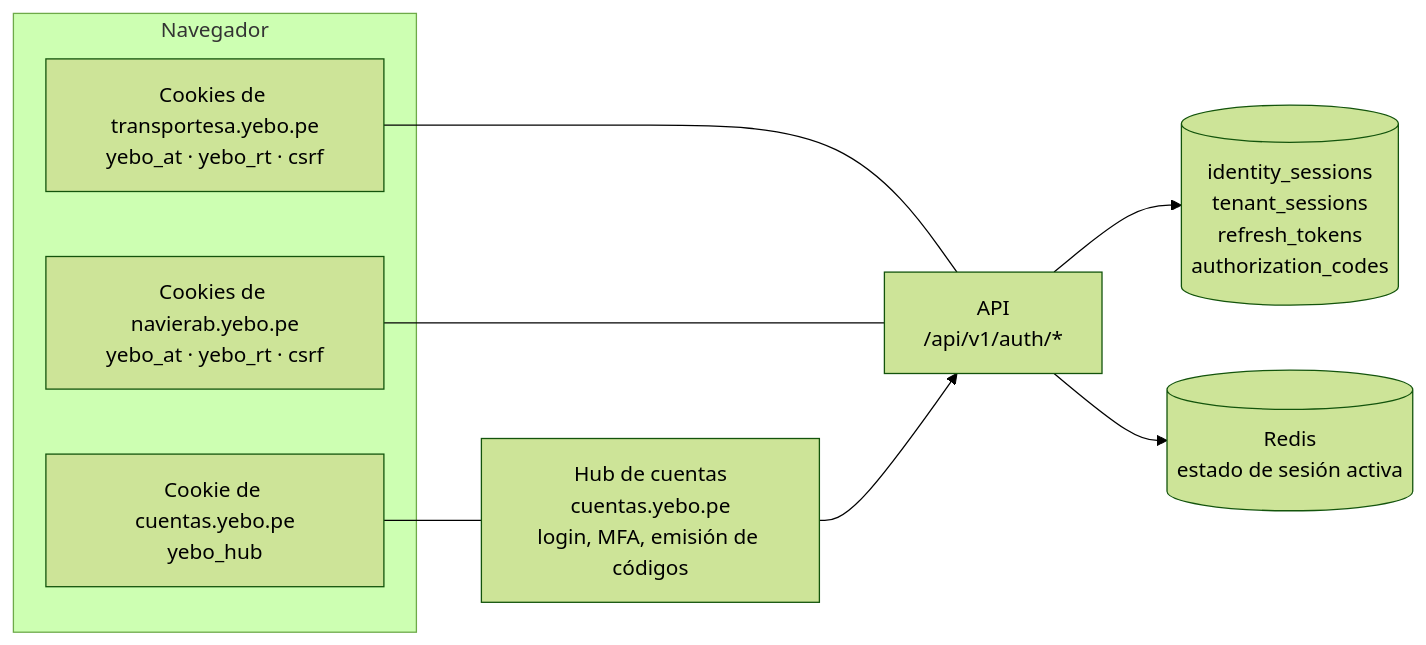
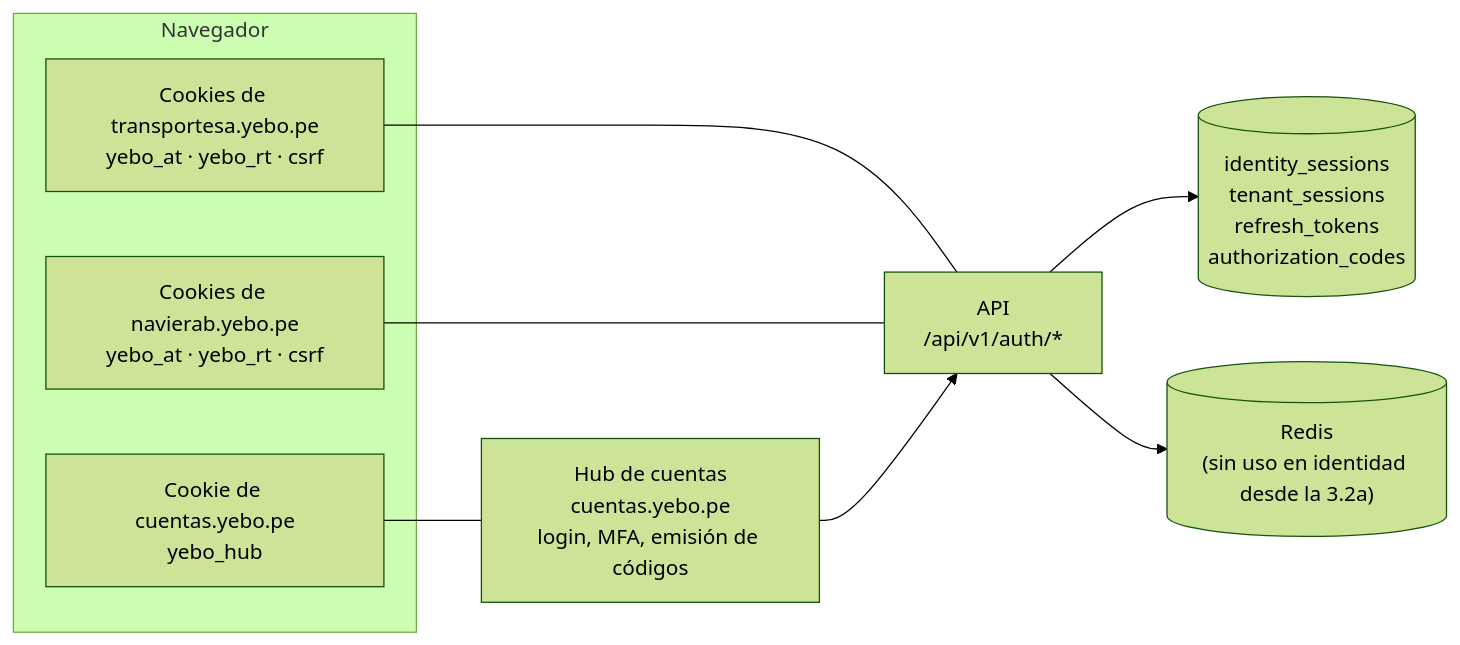
Before and after one commit to dyjhor014/yebo: the first of 3 diagrams in docs/architecture/identity-and-sessions.md, drawn with Mermaid (forest theme). The commit also changed other lines of this file and 93 other files, not shown here.

````diff
--- a/docs/architecture/identity-and-sessions.md
+++ b/docs/architecture/identity-and-sessions.md
@@ -17,18 +17,18 @@
 ```mermaid
 flowchart LR
   subgraph Navegador
     CA["Cookies de transportesa.yebo.pe<br/>yebo_at · yebo_rt · csrf"]
     CB["Cookies de navierab.yebo.pe<br/>yebo_at · yebo_rt · csrf"]
     CH["Cookie de cuentas.yebo.pe<br/>yebo_hub"]
   end
   HUB["Hub de cuentas<br/>cuentas.yebo.pe<br/>login, MFA, emisión de códigos"]
   API["API<br/>/api/v1/auth/*"]
   DB[("identity_sessions<br/>tenant_sessions<br/>refresh_tokens<br/>authorization_codes")]
-  RD[("Redis<br/>estado de sesión activa")]
+  RD[("Redis<br/>(sin uso en identidad desde la 3.2a)")]
   CH --- HUB
   CA --- API
   CB --- API
   HUB --> API
   API --> DB
   API --> RD
 ```
````
